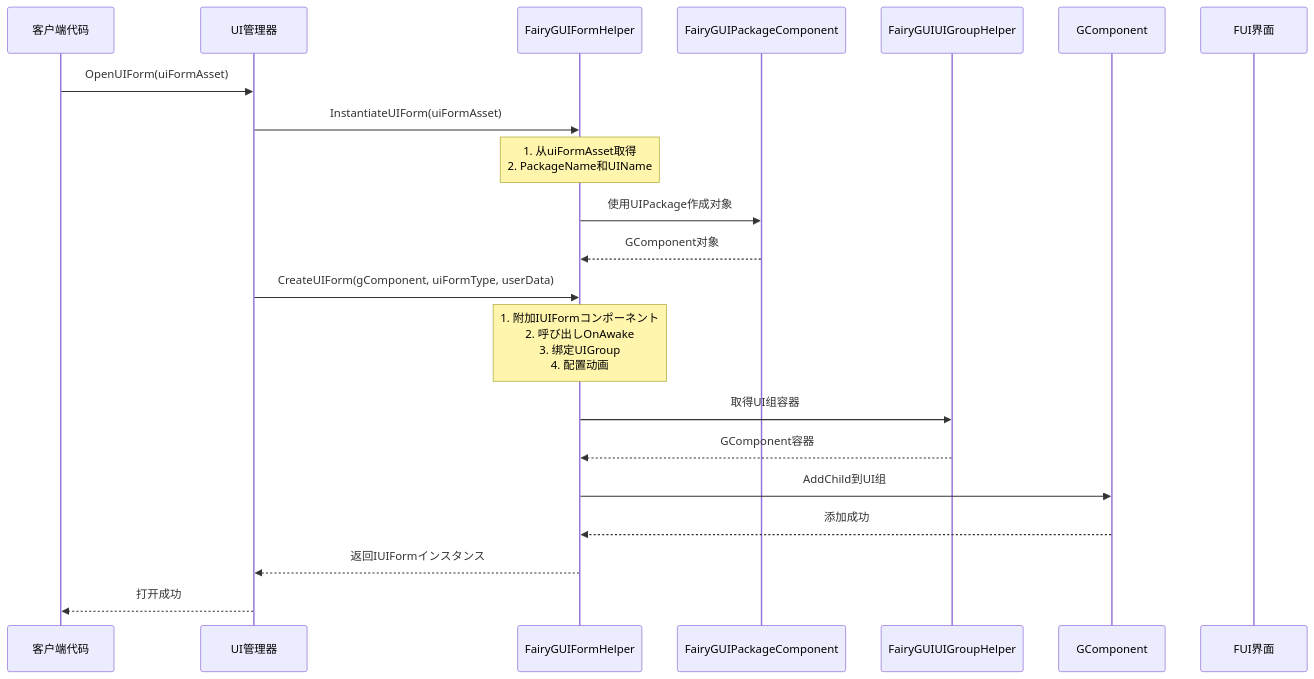
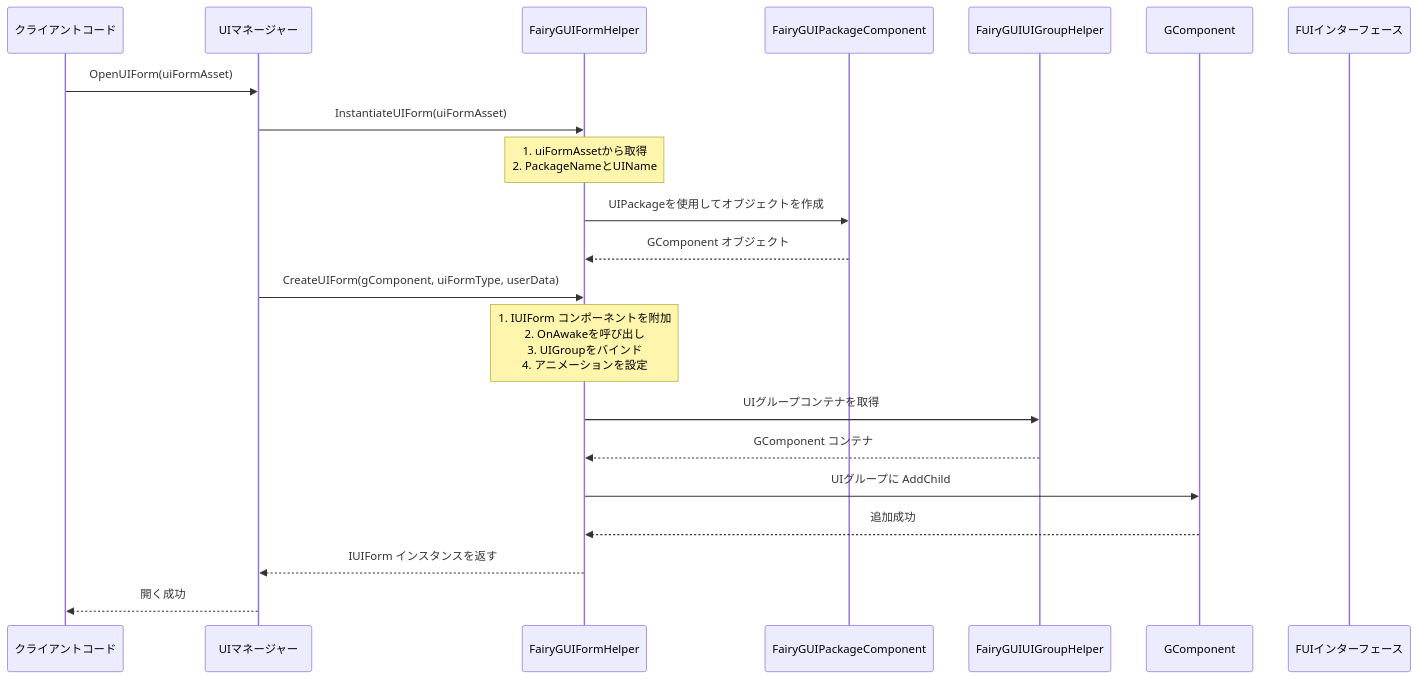
Before and after one commit to AlianBlank/GameFrameX.Docs: the second of 3 diagrams in docs/ja/client/unity/component/ui-fairygui/10.form-helper.md, drawn with Mermaid. The commit also changed other lines of this file and 320 other files, not shown here.

````diff
--- a/docs/ja/client/unity/component/ui-fairygui/10.form-helper.md
+++ b/docs/ja/client/unity/component/ui-fairygui/10.form-helper.md
@@ -242,24 +242,24 @@
 ```mermaid
 sequenceDiagram
-    participant Client as 客户端代码
-    participant UIMgr as UI管理器
+    participant Client as クライアントコード
+    participant UIMgr as UIマネージャー
     participant Helper as FairyGUIFormHelper
     participant Package as FairyGUIPackageComponent
     participant UIGroup as FairyGUIUIGroupHelper
     participant GComp as GComponent
-    participant FUI as FUI界面
+    participant FUI as FUIインターフェース
 
     Client->>UIMgr: OpenUIForm(uiFormAsset)
     UIMgr->>Helper: InstantiateUIForm(uiFormAsset)
-    Note over Helper: 1. 从uiFormAsset取得<br/>2. PackageName和UIName
-    Helper->>Package: 使用UIPackage作成对象
-    Package-->>Helper: GComponent对象
+    Note over Helper: 1. uiFormAssetから取得<br/>2. PackageNameとUIName
+    Helper->>Package: UIPackageを使用してオブジェクトを作成
+    Package-->>Helper: GComponent オブジェクト
     UIMgr->>Helper: CreateUIForm(gComponent, uiFormType, userData)
-    Note over Helper: 1. 附加IUIFormコンポーネント<br/>2. 呼び出しOnAwake<br/>3. 绑定UIGroup<br/>4. 配置动画
-    Helper->>UIGroup: 取得UI组容器
-    UIGroup-->>Helper: GComponent容器
-    Helper->>GComp: AddChild到UI组
-    GComp-->>Helper: 添加成功
-    Helper-->>UIMgr: 返回IUIFormインスタンス
-    UIMgr-->>Client: 打开成功
+    Note over Helper: 1. IUIForm コンポーネントを附加<br/>2. OnAwakeを呼び出し<br/>3. UIGroupをバインド<br/>4. アニメーションを設定
+    Helper->>UIGroup: UIグループコンテナを取得
+    UIGroup-->>Helper: GComponent コンテナ
+    Helper->>GComp: UIグループに AddChild
+    GComp-->>Helper: 追加成功
+    Helper-->>UIMgr: IUIForm インスタンスを返す
+    UIMgr-->>Client: 開く成功
 ```
````
